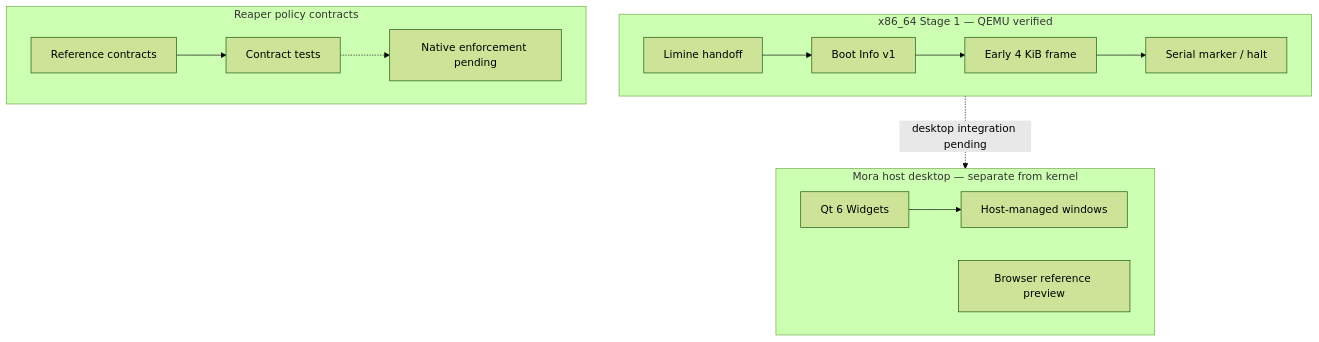
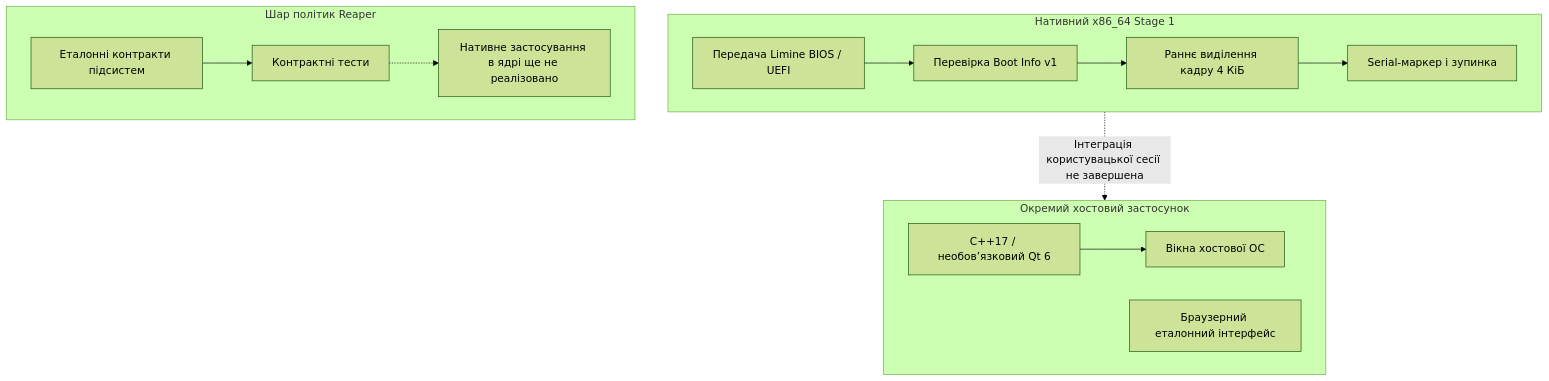
The diagram in README.uk.md (Ivan-VHS/DAK), drawn with Mermaid (forest theme) before and after one commit. The commit also changed other lines of this file, not shown here.

````diff
--- a/README.uk.md
+++ b/README.uk.md
@@ -30,17 +43,17 @@
-~~~mermaid
+```mermaid
 flowchart TB
-  subgraph BOOT["x86_64 Stage 1 — QEMU verified"]
-    L["Limine handoff"] --> B["Boot Info v1"]
-    B --> F["Early 4 KiB frame"]
-    F --> M["Serial marker / halt"]
+  subgraph BOOT["Нативний x86_64 Stage 1"]
+    F["Передача Limine BIOS / UEFI"] --> V["Перевірка Boot Info v1"]
+    V --> A["Раннє виділення кадру 4 КіБ"]
+    A --> H["Serial-маркер і зупинка"]
   end
-  subgraph POLICY["Reaper policy contracts"]
-    R["Reference contracts"] --> T["Contract tests"]
-    T -.-> N["Native enforcement pending"]
+  subgraph POLICY["Шар політик Reaper"]
+    R["Еталонні контракти підсистем"] --> T["Контрактні тести"]
+    T -.-> K["Нативне застосування в ядрі ще не реалізовано"]
   end
-  subgraph HOST["Mora host desktop — separate from kernel"]
-    Q["Qt 6 Widgets"] --> W["Host-managed windows"]
-    H["Browser reference preview"]
+  subgraph HOST["Окремий хостовий застосунок"]
+    Q["C++17 / необов’язковий Qt 6"] --> W["Вікна хостової ОС"]
+    B["Браузерний еталонний інтерфейс"]
   end
-  BOOT -.->|"desktop integration pending"| HOST
-~~~
+  BOOT -.->|"Інтеграція користувацької сесії не завершена"| HOST
+```
````
